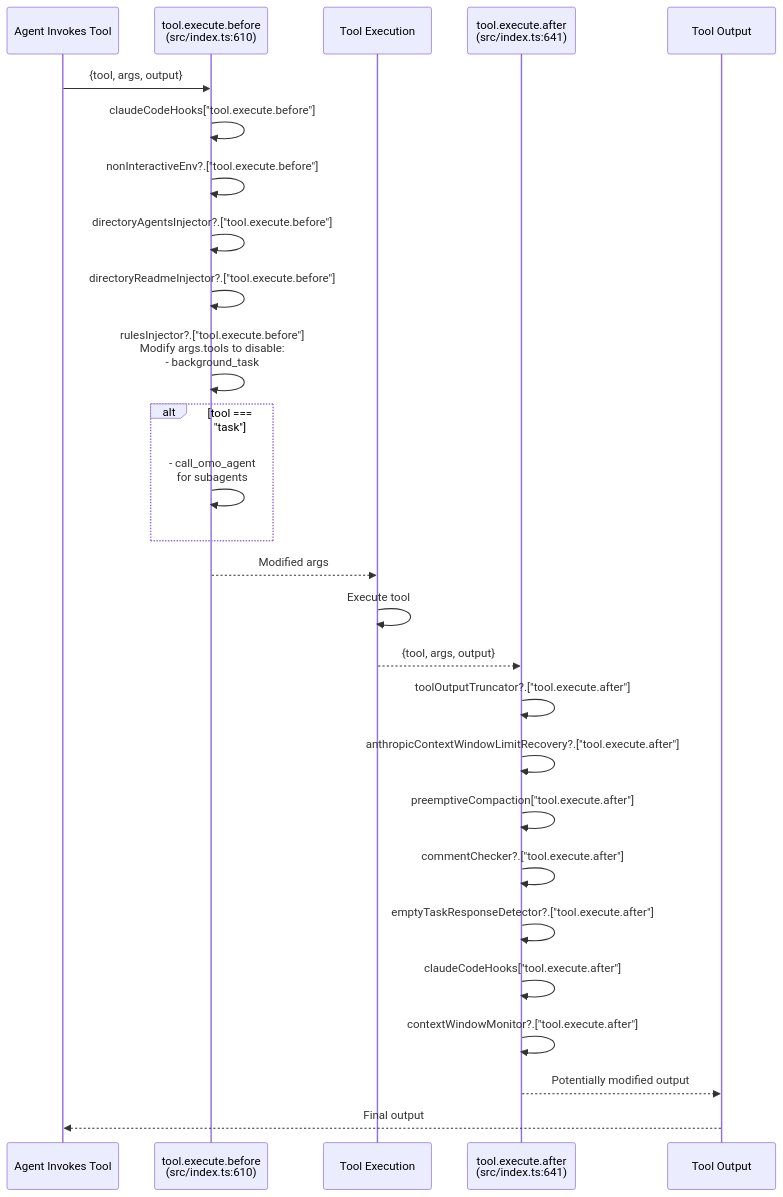
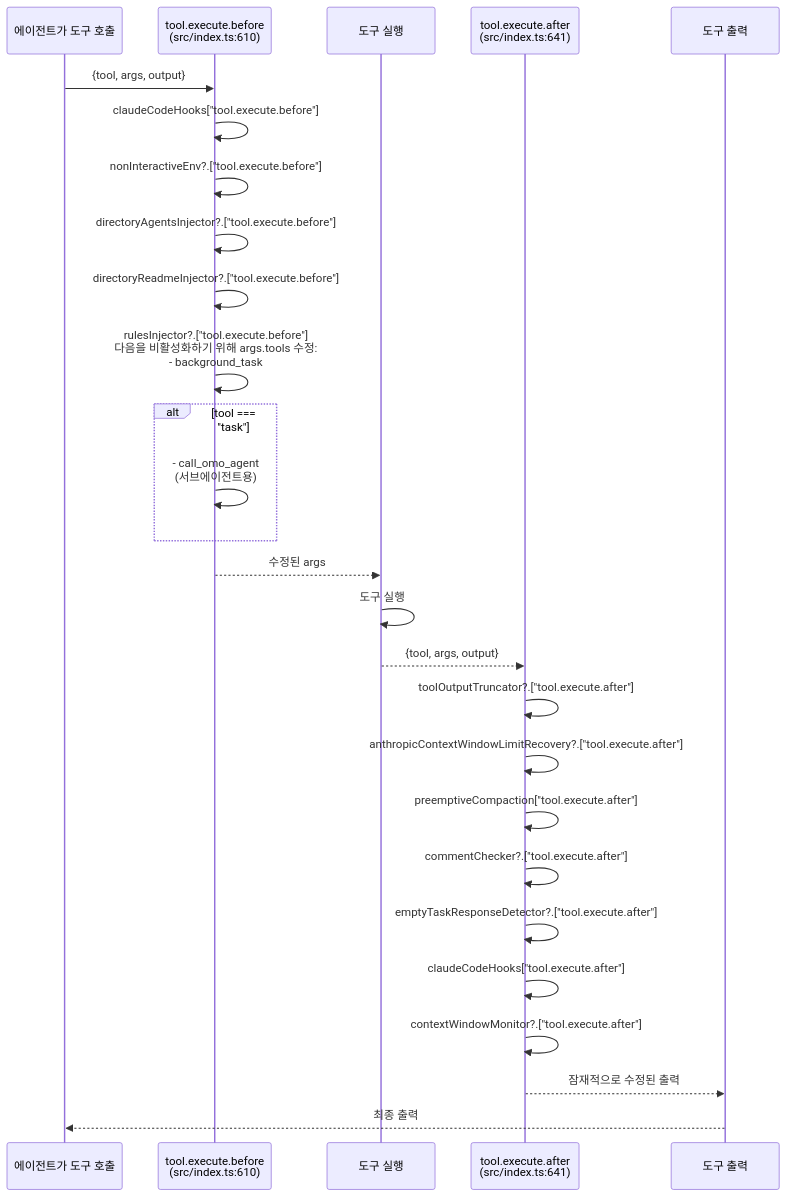
One commit to felipetruman/oh-my-opencode-docs changed the seventh of 8 diagrams in docs/architecture/core-architecture.md. Above: the diagram before and after it, drawn with Mermaid. The commit also changed other lines of this file and 76 other files, not shown here.

````diff
--- a/docs/architecture/core-architecture.md
+++ b/docs/architecture/core-architecture.md
@@ -580,30 +584,30 @@
 ```mermaid
 sequenceDiagram
-  participant p1 as Agent Invokes Tool
+  participant p1 as 에이전트가 도구 호출
   participant p2 as tool.execute.before<br/>(src/index.ts:610)
-  participant p3 as Tool Execution
+  participant p3 as 도구 실행
   participant p4 as tool.execute.after<br/>(src/index.ts:641)
-  participant p5 as Tool Output
+  participant p5 as 도구 출력
 
   p1->>p2: {tool, args, output}
   p2->>p2: claudeCodeHooks["tool.execute.before"]
   p2->>p2: nonInteractiveEnv?.["tool.execute.before"]
   p2->>p2: directoryAgentsInjector?.["tool.execute.before"]
   p2->>p2: directoryReadmeInjector?.["tool.execute.before"]
-  p2->>p2: rulesInjector?.["tool.execute.before"]<br/>Modify args.tools to disable:<br/>- background_task
+  p2->>p2: rulesInjector?.["tool.execute.before"]<br/>다음을 비활성화하기 위해 args.tools 수정:<br/>- background_task
   alt tool === "task"
-    p2->>p2: - call_omo_agent<br/>for subagents
+    p2->>p2: - call_omo_agent<br/>(서브에이전트용)
   end
-  p2-->>p3: Modified args
-  p3->>p3: Execute tool
+  p2-->>p3: 수정된 args
+  p3->>p3: 도구 실행
   p3-->>p4: {tool, args, output}
   p4->>p4: toolOutputTruncator?.["tool.execute.after"]
   p4->>p4: anthropicContextWindowLimitRecovery?.["tool.execute.after"]
   p4->>p4: preemptiveCompaction["tool.execute.after"]
   p4->>p4: commentChecker?.["tool.execute.after"]
   p4->>p4: emptyTaskResponseDetector?.["tool.execute.after"]
   p4->>p4: claudeCodeHooks["tool.execute.after"]
   p4->>p4: contextWindowMonitor?.["tool.execute.after"]
-  p4-->>p5: Potentially modified output
-  p5-->>p1: Final output
+  p4-->>p5: 잠재적으로 수정된 출력
+  p5-->>p1: 최종 출력
 ```
````
